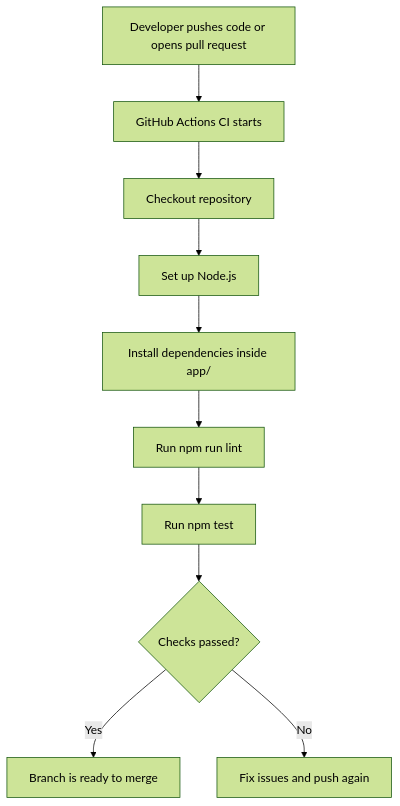
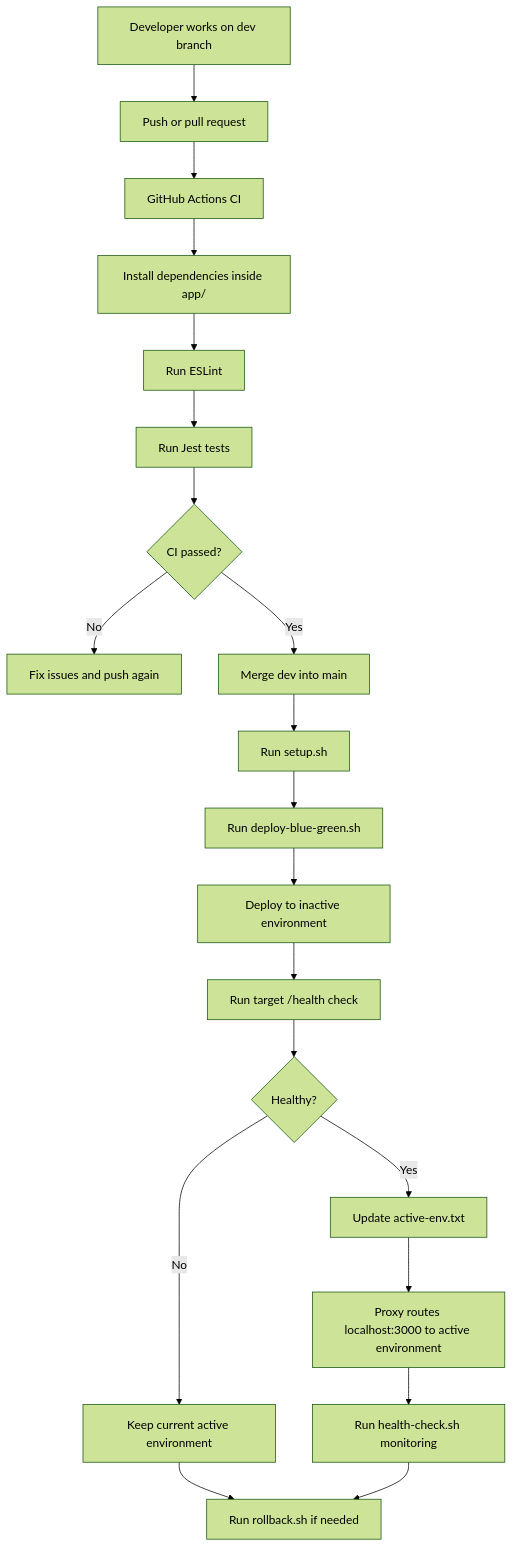
One commit to Nika1337/devops-midterm changed the diagram in README.md. Above: the diagram before and after it, drawn with Mermaid (forest theme). The commit also changed other lines of this file and 10 other files, not shown here.

````diff
--- a/README.md
+++ b/README.md
@@ -259,12 +259,22 @@
 ```mermaid
 flowchart TD
-    A[Developer pushes code or opens pull request] --> B[GitHub Actions CI starts]
-    B --> C[Checkout repository]
-    C --> D[Set up Node.js]
-    D --> E[Install dependencies inside app/]
-    E --> F[Run npm run lint]
-    F --> G[Run npm test]
-    G --> H{Checks passed?}
-    H -->|Yes| I[Branch is ready to merge]
-    H -->|No| J[Fix issues and push again]
+    A[Developer works on dev branch] --> B[Push or pull request]
+    B --> C[GitHub Actions CI]
+    C --> D[Install dependencies inside app/]
+    D --> E[Run ESLint]
+    E --> F[Run Jest tests]
+    F --> G{CI passed?}
+    G -->|No| H[Fix issues and push again]
+    G -->|Yes| I[Merge dev into main]
+    I --> J[Run setup.sh]
+    J --> K[Run deploy-blue-green.sh]
+    K --> L[Deploy to inactive environment]
+    L --> M[Run target /health check]
+    M --> N{Healthy?}
+    N -->|No| O[Keep current active environment]
+    N -->|Yes| P[Update active-env.txt]
+    P --> Q[Proxy routes localhost:3000 to active environment]
+    Q --> R[Run health-check.sh monitoring]
+    O --> S[Run rollback.sh if needed]
+    R --> S
 ```
````
